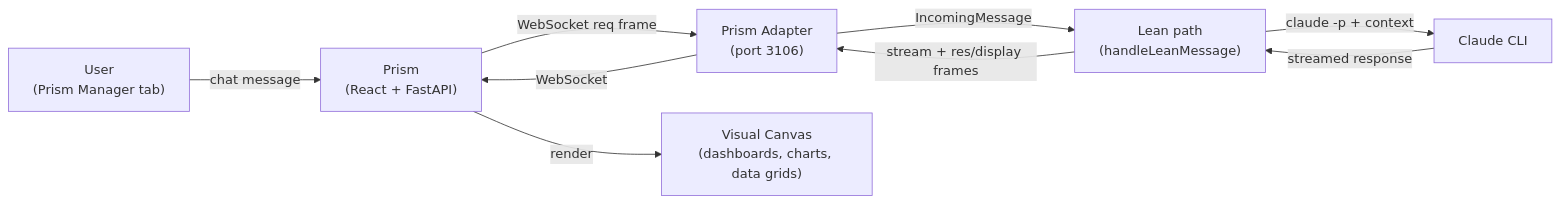
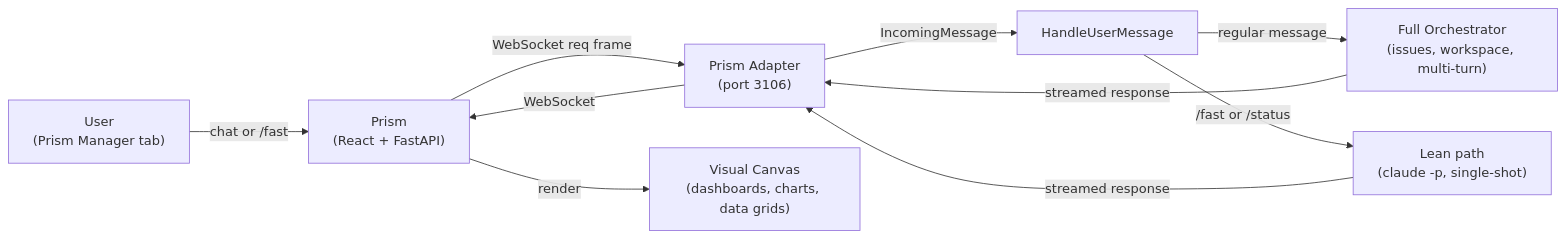
Before and after one commit to rauriemo/manager: the diagram in README.md, drawn with Mermaid. The commit also changed other lines of this file and 3 other files, not shown here.

First line of the commit message:
Update docs for dual-mode architecture, add additional_dirs for cross-project access

````diff
--- a/README.md
+++ b/README.md
@@ -39,11 +39,12 @@
 ```mermaid
 flowchart LR
-  User["User\n(Prism Manager tab)"] -->|"chat message"| Prism["Prism\n(React + FastAPI)"]
+  User["User\n(Prism Manager tab)"] -->|"chat or /fast"| Prism["Prism\n(React + FastAPI)"]
   Prism -->|"WebSocket req frame"| Adapter["Prism Adapter\n(port 3106)"]
-  Adapter -->|"IncomingMessage"| Lean["Lean path\n(handleLeanMessage)"]
-  Lean -->|"claude -p + context"| Claude["Claude CLI"]
-  Claude -->|"streamed response"| Lean
-  Lean -->|"stream + res/display frames"| Adapter
+  Adapter -->|"IncomingMessage"| Router["HandleUserMessage"]
+  Router -->|"regular message"| Orch["Full Orchestrator\n(issues, workspace, multi-turn)"]
+  Router -->|"/fast or /status"| Lean["Lean path\n(claude -p, single-shot)"]
+  Orch -->|"streamed response"| Adapter
+  Lean -->|"streamed response"| Adapter
   Adapter -->|"WebSocket"| Prism
   Prism -->|"render"| Display["Visual Canvas\n(dashboards, charts, data grids)"]
 ```
````
